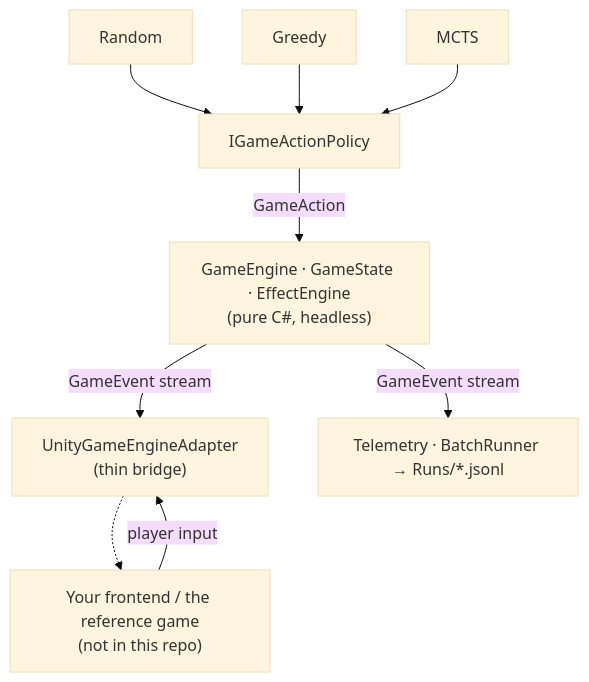
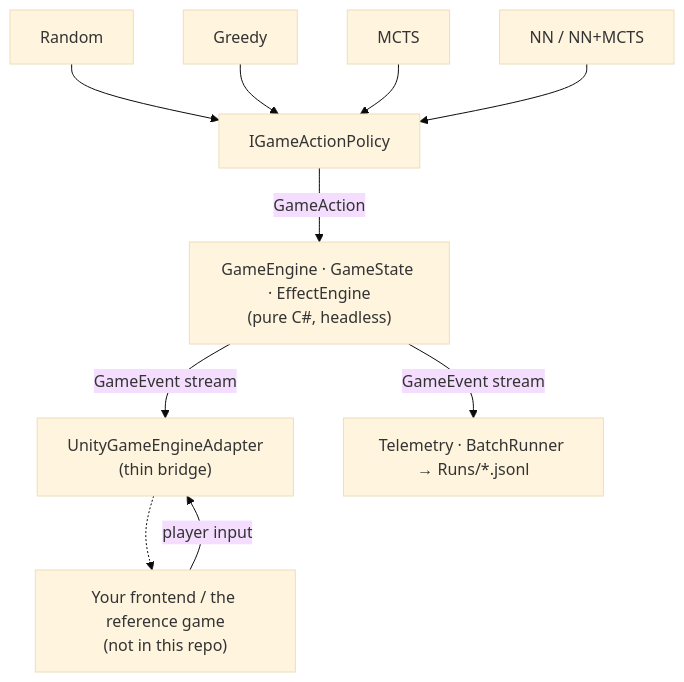
One commit to kuzmenkoff/exec_magica_engine changed the diagram in README.md. Above: the diagram before and after it, drawn with Mermaid (base theme). The commit also changed other lines of this file and 232 other files, not shown here.

````diff
--- a/README.md
+++ b/README.md
@@ -140,11 +145,12 @@
 ```mermaid
 graph TD
     R[Random] --> P
     G[Greedy] --> P
     M[MCTS] --> P
+    N[NN / NN+MCTS] --> P
     P[IGameActionPolicy] -->|GameAction| E
     E["GameEngine · GameState · EffectEngine<br/>(pure C#, headless)"] -->|GameEvent stream| A & T
     A["UnityGameEngineAdapter<br/>(thin bridge)"] -.-> F["Your frontend / the reference game<br/>(not in this repo)"]
     T["Telemetry · BatchRunner → Runs/*.jsonl"]
     F -->|player input| A
 ```
````
